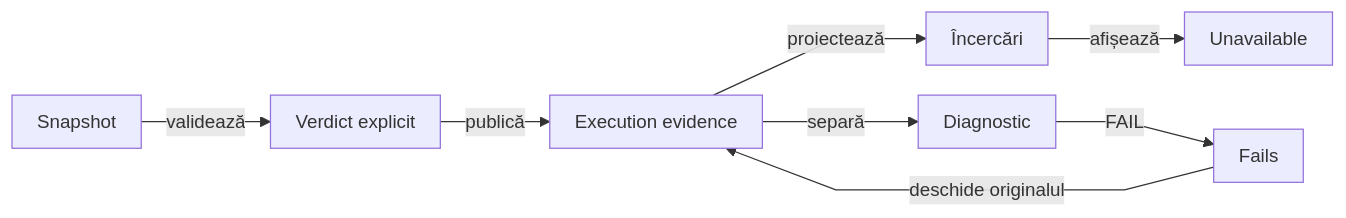
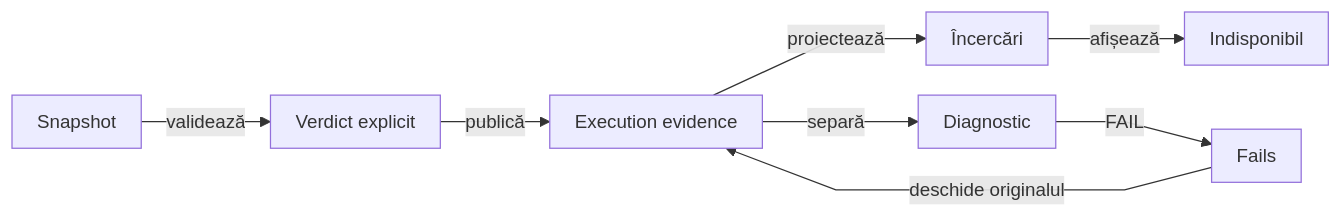
Before and after one commit to crististefanita/atf_j0: the fifth of 18 diagrams in atf-reporting/README.md, drawn with Mermaid. The commit also changed other lines of this file and 113 other files, not shown here.

````diff
--- a/atf-reporting/README.md
+++ b/atf-reporting/README.md
@@ -702,11 +597,11 @@
 ```mermaid
 %%{init: {"themeVariables":{"fontSize":"15px"},"themeCSS":".nodeLabel, .nodeLabel p { font-size: 15px !important; line-height: 1.35 !important; } .edgeLabel, .edgeLabel p { font-size: 12px !important; font-weight: 400 !important; line-height: 1.2 !important; } .edgeLabel .labelBkg, .edgeLabel p { background: transparent !important; } .edgeLabel foreignObject { transform: translateY(-18px); overflow: visible; } .node rect { rx: 6px; ry: 6px; }","flowchart":{"curve":"linear","nodeSpacing":24,"rankSpacing":40,"padding":10,"diagramPadding":16}}}%%
 flowchart LR
     Snapshot["Snapshot"] -->|validează| Verdict["Verdict explicit"]
     Verdict -->|publică| Evidence["Execution evidence"]
     Evidence -->|proiectează| History["Încercări"]
     Evidence -->|separă| Diagnostic["Diagnostic"]
-    History -->|afișează| Missing["Unavailable"]
+    History -->|afișează| Missing["Indisponibil"]
     Diagnostic -->|FAIL| Index["Fails"]
     Index -->|deschide originalul| Evidence
 ```
````
